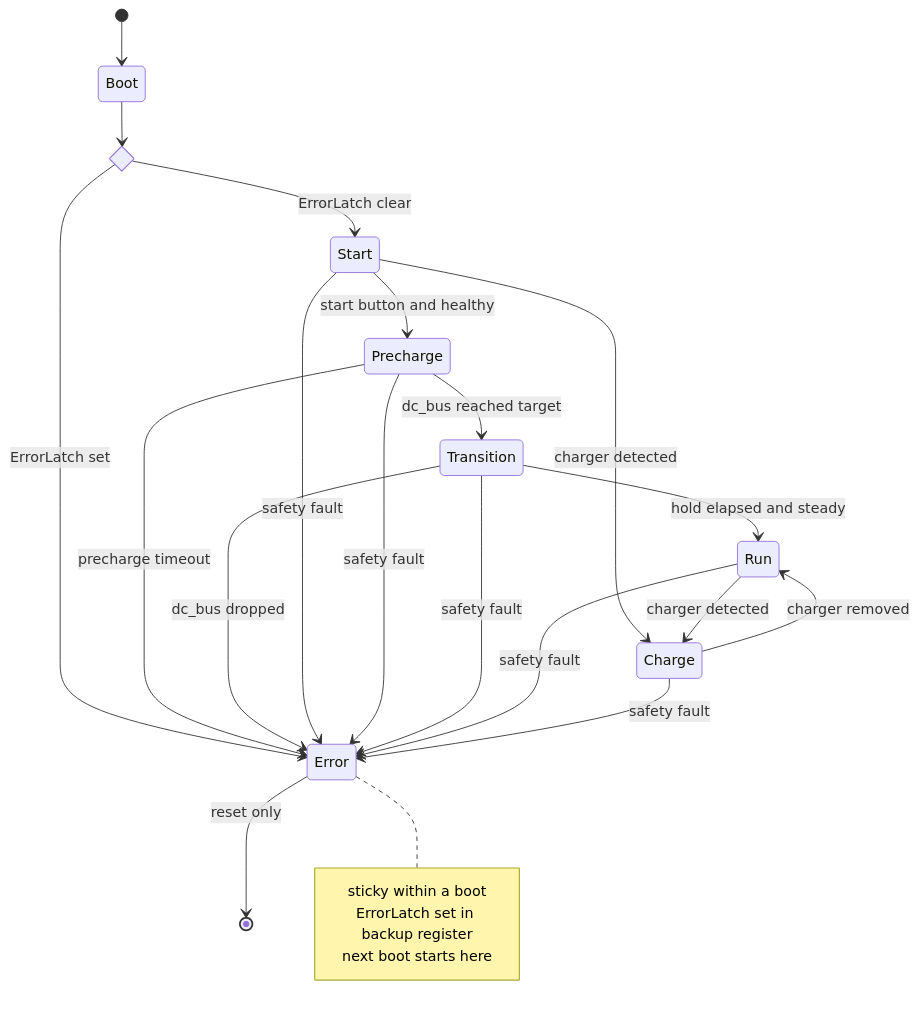
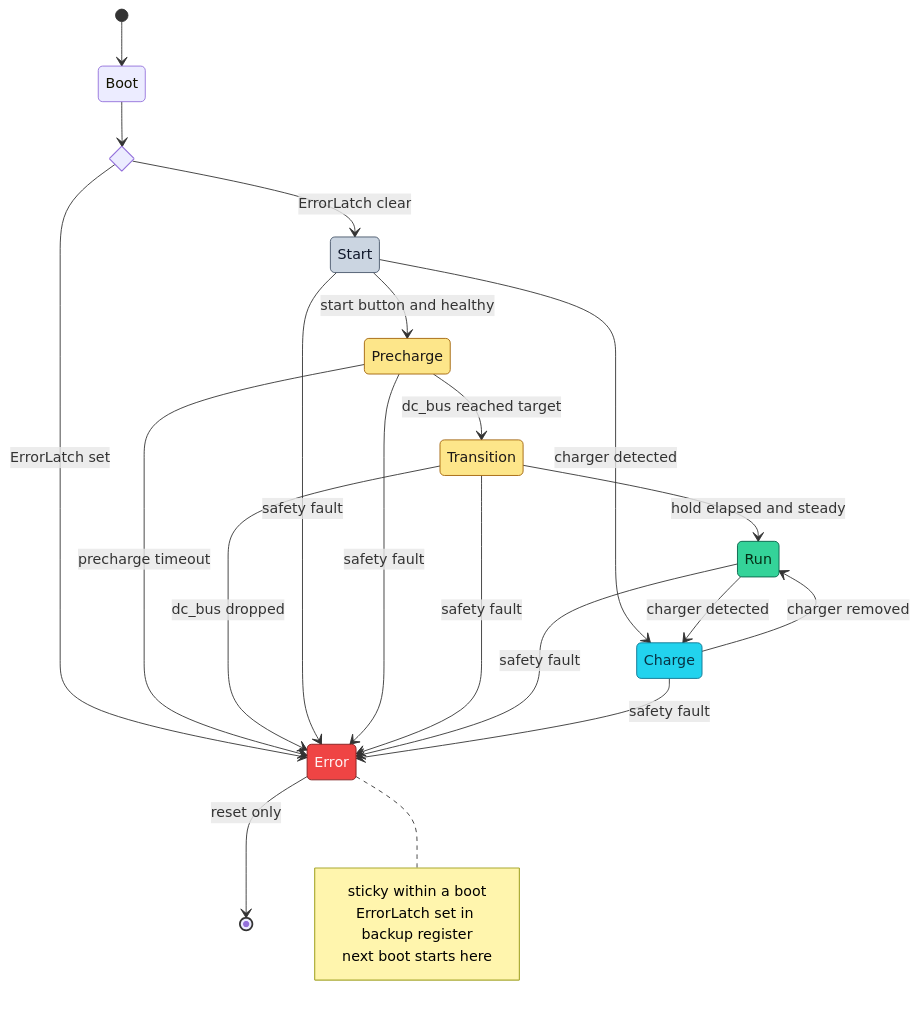
The second of 3 diagrams in docs/ARCHITECTURE.md (isc-fs/IFS08-CE-AMS), drawn with Mermaid before and after one commit. The commit also changed other lines of this file, not shown here.

First line of the commit message:
fix: colour the three mermaid diagrams in ARCHITECTURE.md

````diff
--- a/docs/ARCHITECTURE.md
+++ b/docs/ARCHITECTURE.md
@@ -177,35 +195,47 @@
 ```mermaid
 stateDiagram-v2
     [*] --> Boot
 
     state boot_check <<choice>>
     Boot --> boot_check
     boot_check --> Start : ErrorLatch clear
     boot_check --> Error : ErrorLatch set
 
     Start --> Precharge  : start button and healthy
     Start --> Charge     : charger detected
 
     Precharge --> Transition : dc_bus reached target
     Precharge --> Error      : precharge timeout
 
     Transition --> Run   : hold elapsed and steady
     Transition --> Error : dc_bus dropped
 
     Run    --> Charge : charger detected
     Charge --> Run    : charger removed
 
     Start      --> Error : safety fault
     Precharge  --> Error : safety fault
     Transition --> Error : safety fault
     Run        --> Error : safety fault
     Charge     --> Error : safety fault
 
     Error --> [*] : reset only
 
     note right of Error
         sticky within a boot
         ErrorLatch set in backup register
         next boot starts here
     end note
+
+    classDef idle    fill:#cbd5e1,stroke:#475569,color:#0f172a
+    classDef bring   fill:#fde68a,stroke:#a16207,color:#1c1917
+    classDef live    fill:#34d399,stroke:#065f46,color:#052e16
+    classDef chg     fill:#22d3ee,stroke:#0e7490,color:#083344
+    classDef fault   fill:#ef4444,stroke:#7f1d1d,color:#fef2f2
+
+    class Start idle
+    class Precharge,Transition bring
+    class Run live
+    class Charge chg
+    class Error fault
 ```
````
